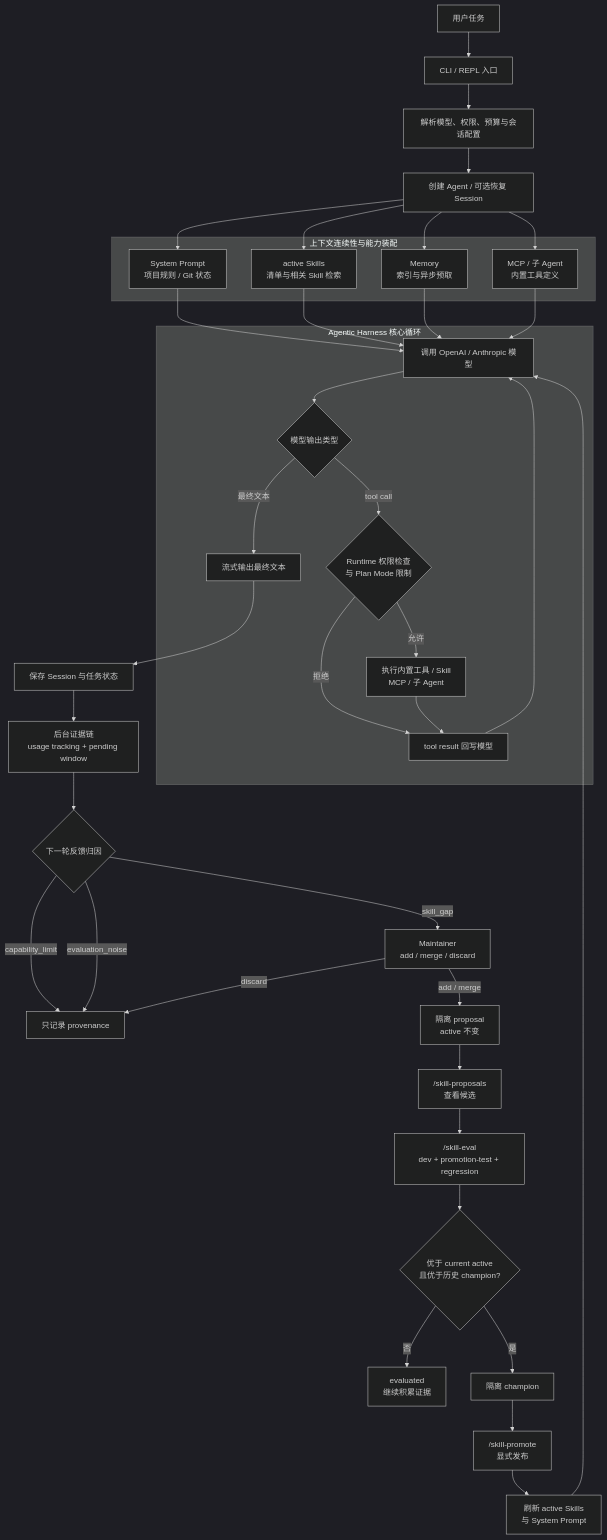
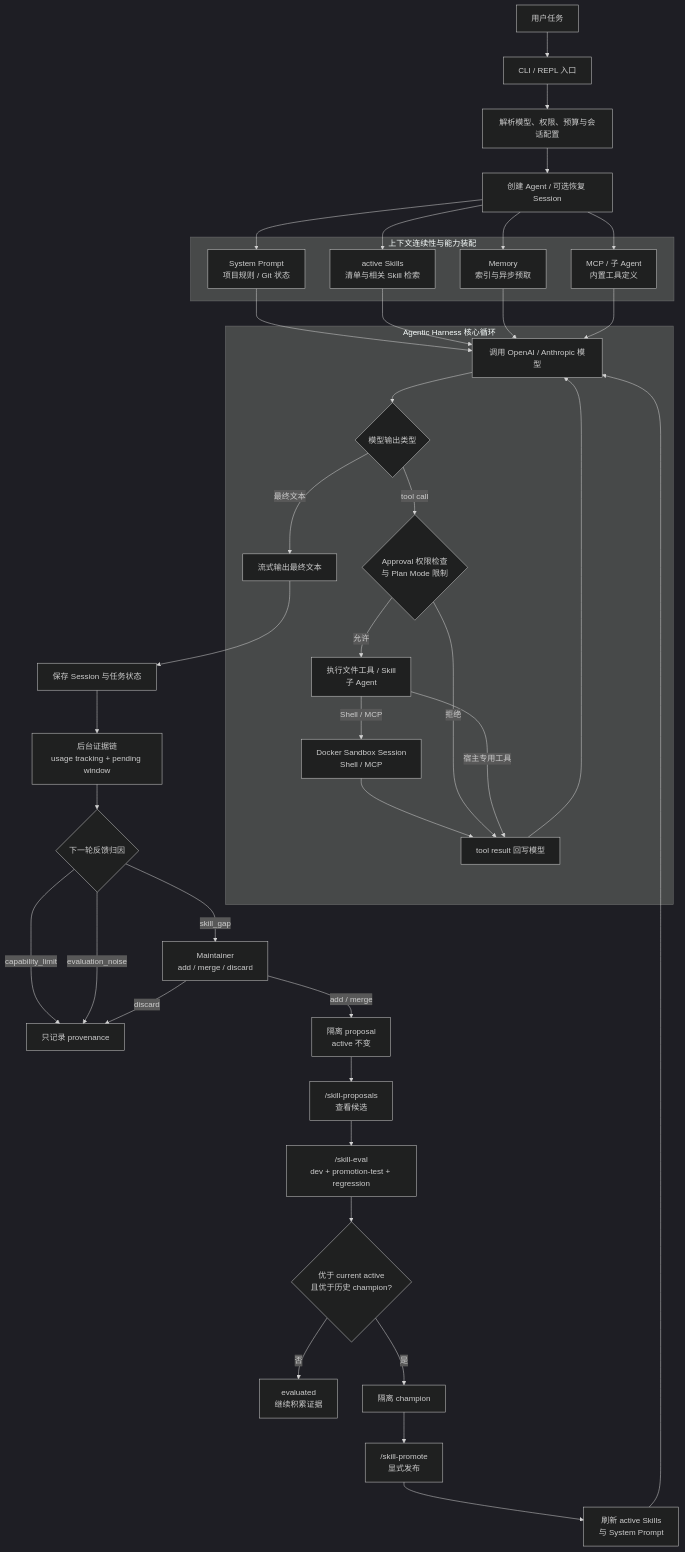
Before and after one commit to Sora-skyline/bearcode2: the first of 4 diagrams in RUNTIME_FLOW.md, drawn with Mermaid (dark theme). The commit also changed other lines of this file and 20 other files, not shown here.

````diff
--- a/RUNTIME_FLOW.md
+++ b/RUNTIME_FLOW.md
@@ -53,57 +56,60 @@
 ```mermaid
 flowchart TD
     U[用户任务] --> E[CLI / REPL 入口]
     E --> CFG[解析模型、权限、预算与会话配置]
     CFG --> INIT[创建 Agent / 可选恢复 Session]
 
     subgraph CONTEXT[上下文连续性与能力装配]
         PROMPT[System Prompt<br/>项目规则 / Git 状态]
         SKILLS[active Skills<br/>清单与相关 Skill 检索]
         MEMORY[Memory<br/>索引与异步预取]
         EXT[MCP / 子 Agent<br/>内置工具定义]
     end
 
     INIT --> PROMPT
     INIT --> SKILLS
     INIT --> MEMORY
     INIT --> EXT
     PROMPT --> LOOP
     SKILLS --> LOOP
     MEMORY --> LOOP
     EXT --> LOOP
 
     subgraph HARNESS[Agentic Harness 核心循环]
         LOOP[调用 OpenAI / Anthropic 模型]
         OUT{模型输出类型}
-        PERM{Runtime 权限检查<br/>与 Plan Mode 限制}
-        ACTION[执行内置工具 / Skill<br/>MCP / 子 Agent]
+        PERM{Approval 权限检查<br/>与 Plan Mode 限制}
+        ACTION[执行文件工具 / Skill<br/>子 Agent]
+        SANDBOX[Docker Sandbox Session<br/>Shell / MCP]
         RESULT[tool result 回写模型]
         STREAM[流式输出最终文本]
 
         LOOP --> OUT
         OUT -->|tool call| PERM
         PERM -->|允许| ACTION
+        ACTION -->|Shell / MCP| SANDBOX
+        SANDBOX --> RESULT
         PERM -->|拒绝| RESULT
-        ACTION --> RESULT
+        ACTION -->|宿主专用工具| RESULT
         RESULT --> LOOP
         OUT -->|最终文本| STREAM
     end
 
     STREAM --> SESSION[保存 Session 与任务状态]
     SESSION --> EVIDENCE[后台证据链<br/>usage tracking + pending window]
     EVIDENCE --> FEEDBACK{下一轮反馈归因}
     FEEDBACK -->|capability_limit| AUDIT[只记录 provenance]
     FEEDBACK -->|evaluation_noise| AUDIT
     FEEDBACK -->|skill_gap| MAINTAINER[Maintainer<br/>add / merge / discard]
     MAINTAINER -->|add / merge| PROPOSAL[隔离 proposal<br/>active 不变]
     MAINTAINER -->|discard| AUDIT
 
     PROPOSAL --> LIST["/skill-proposals<br/>查看候选"]
     LIST --> EVAL["/skill-eval<br/>dev + promotion-test + regression"]
     EVAL --> GATE{优于 current active<br/>且优于历史 champion?}
     GATE -->|否| EVALUATED[evaluated<br/>继续积累证据]
     GATE -->|是| CHAMPION[隔离 champion]
     CHAMPION --> PROMOTE["/skill-promote<br/>显式发布"]
     PROMOTE --> ACTIVE[刷新 active Skills<br/>与 System Prompt]
     ACTIVE --> LOOP
 ```
````
